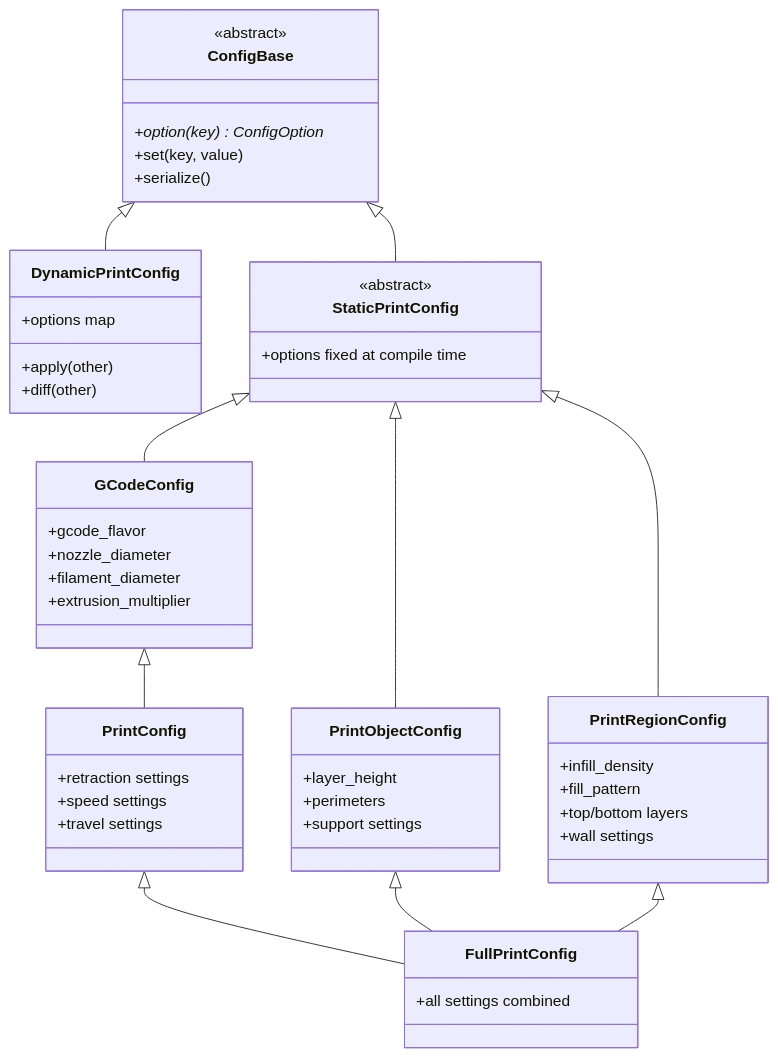
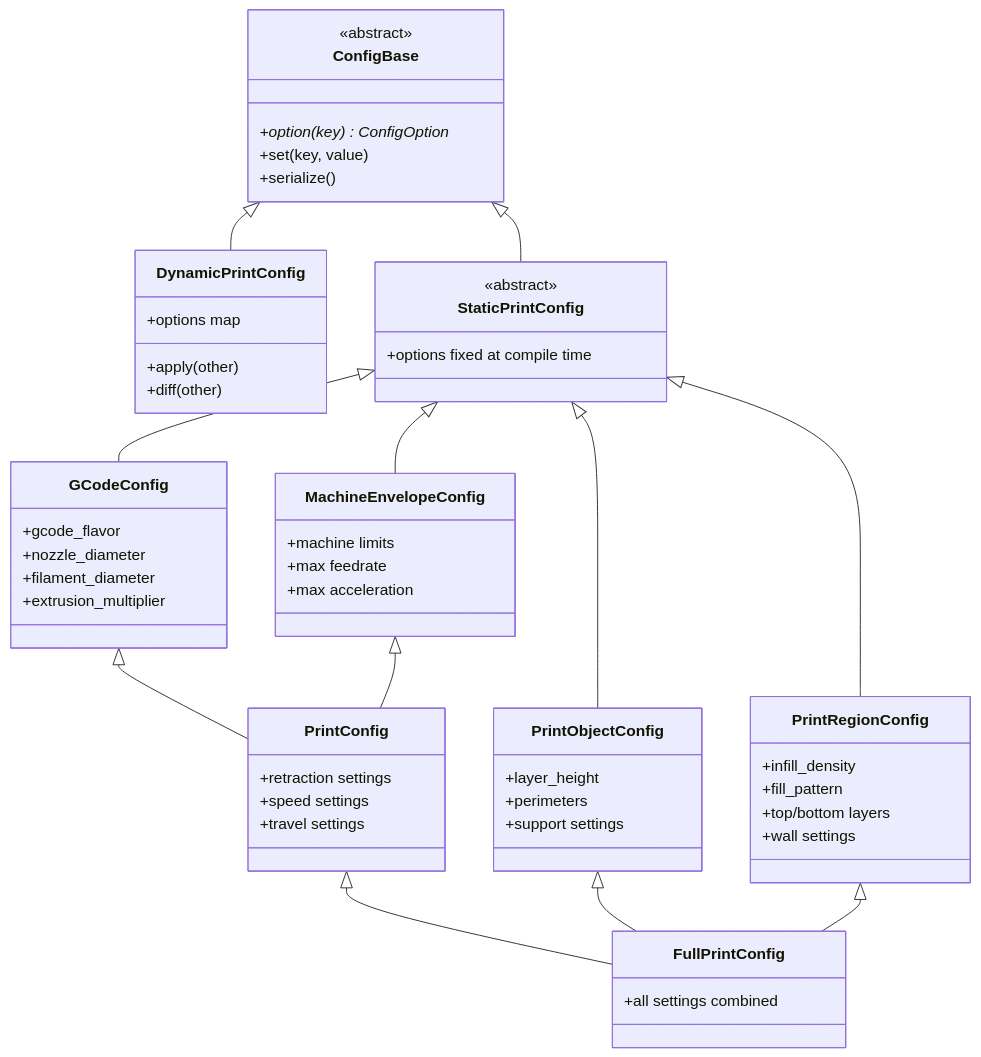
One commit to epatel/OrcaSlicer changed diagram 11 of 13 in doc/architecture.md. Above: the diagram before and after it, drawn with Mermaid. The commit also changed other lines of this file, not shown here.

First line of the commit message:
Fix architecture.md accuracy after codebase verification

````diff
--- a/doc/architecture.md
+++ b/doc/architecture.md
@@ -595,62 +604,70 @@
 ```mermaid
 classDiagram
   direction TB
 
   class ConfigBase {
     <<abstract>>
     +option(key) ConfigOption*
     +set(key, value)
     +serialize()
   }
 
   class DynamicPrintConfig {
     +options map
     +apply(other)
     +diff(other)
   }
 
   class StaticPrintConfig {
     <<abstract>>
     +options fixed at compile time
   }
 
   class GCodeConfig {
     +gcode_flavor
     +nozzle_diameter
     +filament_diameter
     +extrusion_multiplier
   }
 
+  class MachineEnvelopeConfig {
+    +machine limits
+    +max feedrate
+    +max acceleration
+  }
+
   class PrintConfig {
     +retraction settings
     +speed settings
     +travel settings
   }
 
   class PrintObjectConfig {
     +layer_height
     +perimeters
     +support settings
   }
 
   class PrintRegionConfig {
     +infill_density
     +fill_pattern
     +top/bottom layers
     +wall settings
   }
 
   class FullPrintConfig {
     +all settings combined
   }
 
   ConfigBase <|-- DynamicPrintConfig
   ConfigBase <|-- StaticPrintConfig
   StaticPrintConfig <|-- GCodeConfig
+  StaticPrintConfig <|-- MachineEnvelopeConfig
   GCodeConfig <|-- PrintConfig
+  MachineEnvelopeConfig <|-- PrintConfig
   StaticPrintConfig <|-- PrintObjectConfig
   StaticPrintConfig <|-- PrintRegionConfig
   PrintConfig <|-- FullPrintConfig
   PrintObjectConfig <|-- FullPrintConfig
   PrintRegionConfig <|-- FullPrintConfig
 ```
````
